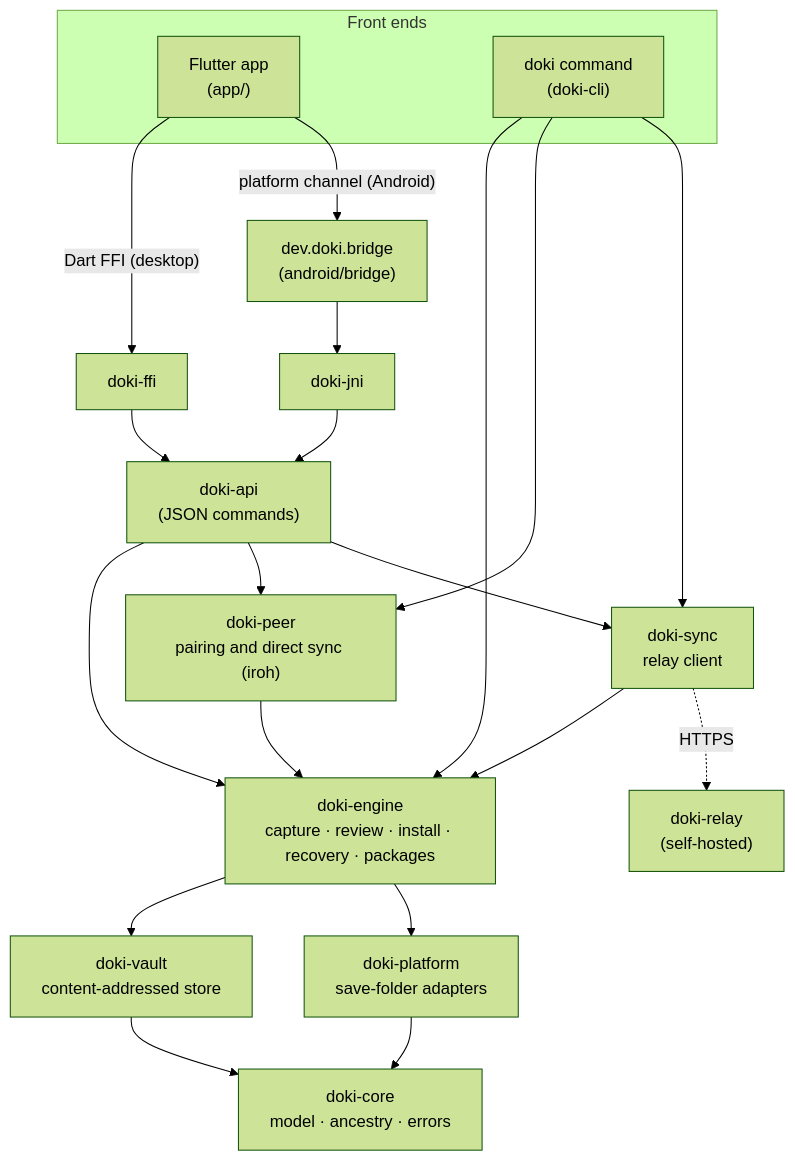
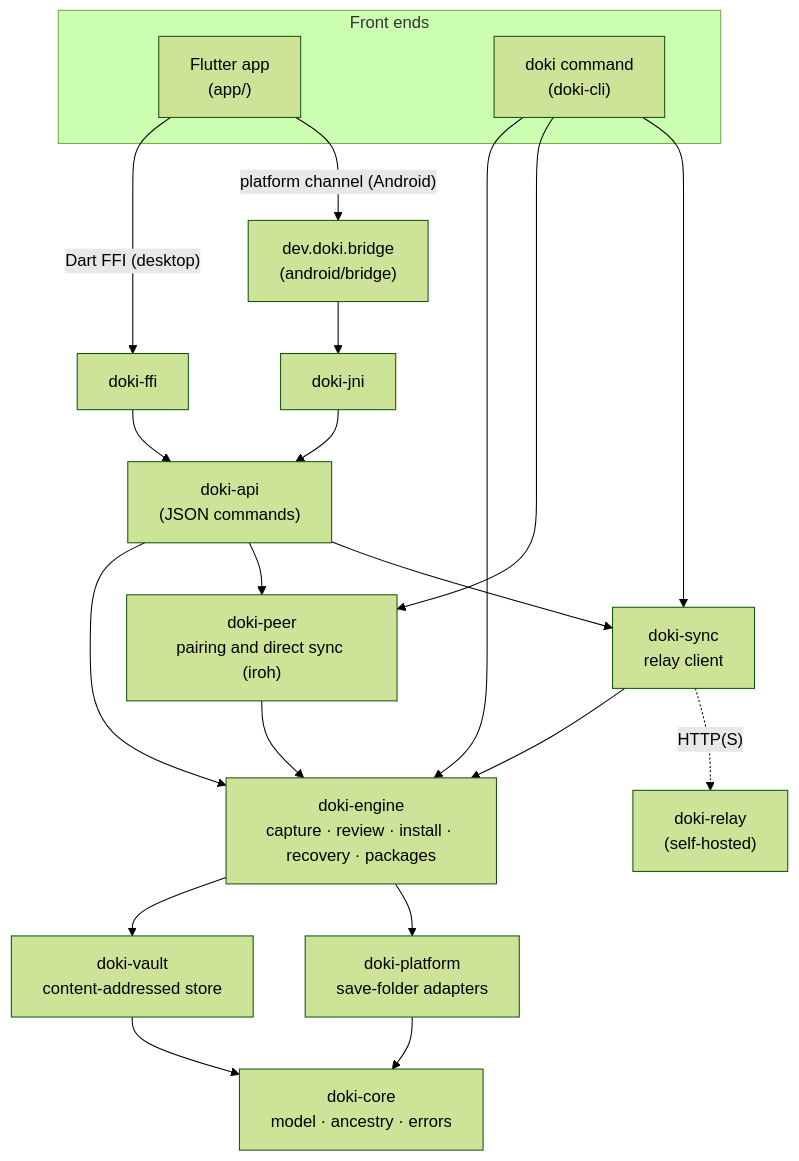
One commit to drluciano/doki changed the diagram in docs/wiki/Architecture.md. Above: the diagram before and after it, drawn with Mermaid (forest theme). The commit also changed other lines of this file and 27 other files, not shown here.

````diff
--- a/docs/wiki/Architecture.md
+++ b/docs/wiki/Architecture.md
@@ -5,24 +5,24 @@
 ```mermaid
 flowchart TB
     subgraph Front ends
       APP["Flutter app<br/>(app/)"]
       CLI["doki command<br/>(doki-cli)"]
     end
     APP -- "Dart FFI (desktop)" --> FFI["doki-ffi"]
     APP -- "platform channel (Android)" --> JAVA["dev.doki.bridge<br/>(android/bridge)"] --> JNI["doki-jni"]
     FFI --> API["doki-api<br/>(JSON commands)"]
     JNI --> API
     CLI --> ENGINE
     CLI --> PEER
     CLI --> SYNC
     API --> ENGINE["doki-engine<br/>capture · review · install · recovery · packages"]
     API --> PEER["doki-peer<br/>pairing and direct sync (iroh)"]
     API --> SYNC["doki-sync<br/>relay client"]
     PEER --> ENGINE
     SYNC --> ENGINE
-    SYNC -. HTTPS .-> RELAY["doki-relay<br/>(self-hosted)"]
+    SYNC -. HTTP(S) .-> RELAY["doki-relay<br/>(self-hosted)"]
     ENGINE --> VAULT["doki-vault<br/>content-addressed store"]
     ENGINE --> PLATFORM["doki-platform<br/>save-folder adapters"]
     VAULT --> CORE["doki-core<br/>model · ancestry · errors"]
     PLATFORM --> CORE
 ```
````
